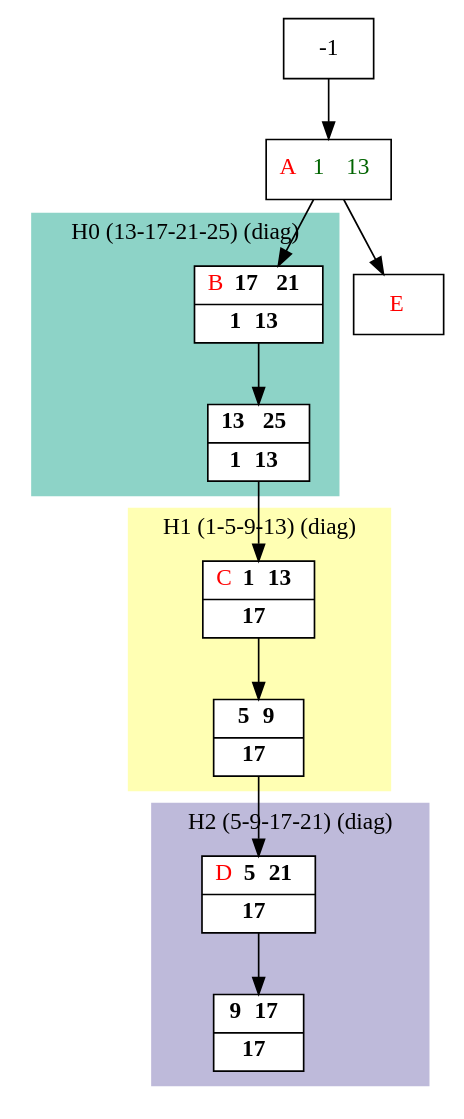
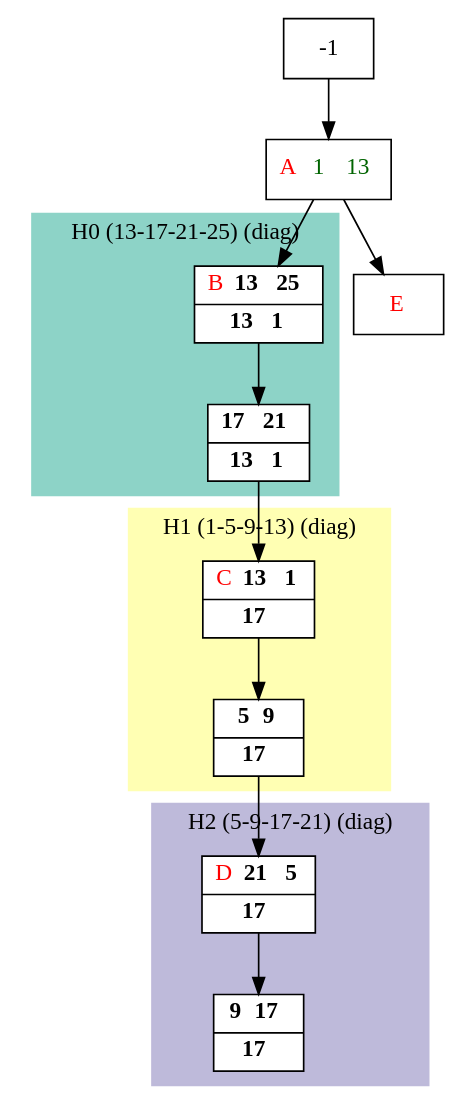
The diagram in results/compact_dot_files/compact_K.dot (bmarchand/auto-dp), drawn with Graphviz before and after one commit. The commit also changed 71 other files, not shown here.

```diff
--- a/results/compact_dot_files/compact_K.dot
+++ b/results/compact_dot_files/compact_K.dot
@@ -1,40 +1,40 @@
 digraph G {
     node [shape=box];
     subgraph cluster0 {
         node [style=filled,fillcolor=white];
         labeljust="l";
         style=filled;
         color="#8DD3C7";
         H0_0 -> H0_7;
         label="H0 (13-17-21-25) (diag)";
     }
     subgraph cluster1 {
         node [style=filled,fillcolor=white];
         labeljust="l";
         style=filled;
         color="#FFFFB3";
         H1_0 -> H1_7;
         label="H1 (1-5-9-13) (diag)";
     }
     subgraph cluster2 {
         node [style=filled,fillcolor=white];
         labeljust="l";
         style=filled;
         color="#BEBADA";
         H2_0 -> H2_5;
         label="H2 (5-9-17-21) (diag)";
     }
      1 [shape=record,label= <{  <FONT COLOR="RED">A</FONT>  <FONT COLOR="DARKGREEN">1</FONT>  <FONT COLOR="DARKGREEN">13</FONT>}> ];
      -1  ->  1;
-     H0_0 [shape=record,label= <{  <FONT COLOR="RED">B</FONT> <b>17</b> <b>21</b>|  <b>1</b> <b>13</b>}> ];
+     H0_0 [shape=record,label= <{  <FONT COLOR="RED">B</FONT> <b>13</b> <b>25</b>|  <b>13</b> <b>1</b>}> ];
      1  ->  H0_0;
-     H0_7 [shape=record,label= <{ <b>13</b> <b>25</b>|  <b>1</b> <b>13</b>}> ];
-     H1_0 [shape=record,label= <{  <FONT COLOR="RED">C</FONT> <b>1</b> <b>13</b>|  <b>17</b>}> ];
+     H0_7 [shape=record,label= <{ <b>17</b> <b>21</b>|  <b>13</b> <b>1</b>}> ];
+     H1_0 [shape=record,label= <{  <FONT COLOR="RED">C</FONT> <b>13</b> <b>1</b>|  <b>17</b>}> ];
      H0_7  ->  H1_0;
      H1_7 [shape=record,label= <{ <b>5</b> <b>9</b>|  <b>17</b>}> ];
-     H2_0 [shape=record,label= <{  <FONT COLOR="RED">D</FONT> <b>5</b> <b>21</b>|  <b>17</b>}> ];
+     H2_0 [shape=record,label= <{  <FONT COLOR="RED">D</FONT> <b>21</b> <b>5</b>|  <b>17</b>}> ];
      H1_7  ->  H2_0;
      H2_5 [shape=record,label= <{ <b>9</b> <b>17</b>|  <b>17</b>}> ];
      _1 [shape=record,label= <{  <FONT COLOR="RED">E</FONT>}> ];
      1  ->  _1;
 }
```
